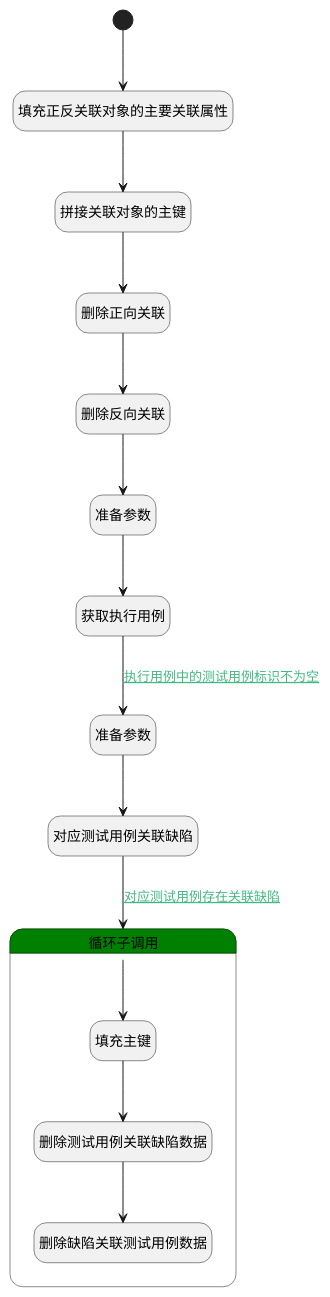
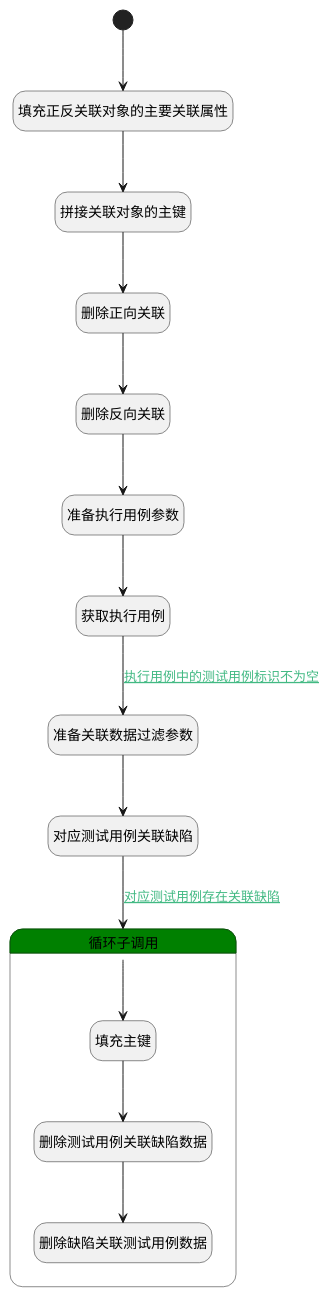
One commit to iBizLab/plm changed the diagram in doc/docsify/module/Base/relation/logic/run_del_relation_bug.md. Above: the diagram before and after it, drawn with PlantUML. The commit also changed other lines of this file and 1778 other files, not shown here.

````diff
--- a/doc/docsify/module/Base/relation/logic/run_del_relation_bug.md
+++ b/doc/docsify/module/Base/relation/logic/run_del_relation_bug.md
@@ -7,42 +7,42 @@
 ```plantuml
 @startuml
 hide empty description
 <style>
 root {
   HyperlinkColor #42b983
 }
 </style>
 
 hide empty description
 state "开始" as Begin <<start>> [[$./run_del_relation_bug#begin {"开始"}]]
 state "拼接关联对象的主键" as RAWSFCODE1  [[$./run_del_relation_bug#rawsfcode1 {"拼接关联对象的主键"}]]
 state "删除正向关联" as DEACTION2  [[$./run_del_relation_bug#deaction2 {"删除正向关联"}]]
 state "删除反向关联" as DEACTION3  [[$./run_del_relation_bug#deaction3 {"删除反向关联"}]]
-state "准备参数" as PREPAREPARAM3  [[$./run_del_relation_bug#prepareparam3 {"准备参数"}]]
 state "获取执行用例" as DEACTION6  [[$./run_del_relation_bug#deaction6 {"获取执行用例"}]]
-state "准备参数" as PREPAREPARAM2  [[$./run_del_relation_bug#prepareparam2 {"准备参数"}]]
 state "对应测试用例关联缺陷" as DEDATASET1  [[$./run_del_relation_bug#dedataset1 {"对应测试用例关联缺陷"}]]
 state "填充正反关联对象的主要关联属性" as PREPAREPARAM1  [[$./run_del_relation_bug#prepareparam1 {"填充正反关联对象的主要关联属性"}]]
+state "准备执行用例参数" as PREPAREPARAM3  [[$./run_del_relation_bug#prepareparam3 {"准备执行用例参数"}]]
+state "准备关联数据过滤参数" as PREPAREPARAM2  [[$./run_del_relation_bug#prepareparam2 {"准备关联数据过滤参数"}]]
 state "循环子调用" as LOOPSUBCALL1  [[$./run_del_relation_bug#loopsubcall1 {"循环子调用"}]] #green {
 state "填充主键" as RAWSFCODE2  [[$./run_del_relation_bug#rawsfcode2 {"填充主键"}]]
 state "删除测试用例关联缺陷数据" as DEACTION4  [[$./run_del_relation_bug#deaction4 {"删除测试用例关联缺陷数据"}]]
 state "删除缺陷关联测试用例数据" as DEACTION5  [[$./run_del_relation_bug#deaction5 {"删除缺陷关联测试用例数据"}]]
 }
 
 
 Begin --> PREPAREPARAM1
 PREPAREPARAM1 --> RAWSFCODE1
 RAWSFCODE1 --> DEACTION2
 DEACTION2 --> DEACTION3
 DEACTION3 --> PREPAREPARAM3
 PREPAREPARAM3 --> DEACTION6
 DEACTION6 --> PREPAREPARAM2 : [[$./run_del_relation_bug#deaction6-prepareparam2{执行用例中的测试用例标识不为空} 执行用例中的测试用例标识不为空]]
 PREPAREPARAM2 --> DEDATASET1
 DEDATASET1 --> LOOPSUBCALL1 : [[$./run_del_relation_bug#dedataset1-loopsubcall1{对应测试用例存在关联缺陷} 对应测试用例存在关联缺陷]]
 LOOPSUBCALL1 --> RAWSFCODE2
 RAWSFCODE2 --> DEACTION4
 DEACTION4 --> DEACTION5
 
 
 @enduml
 ```
````
